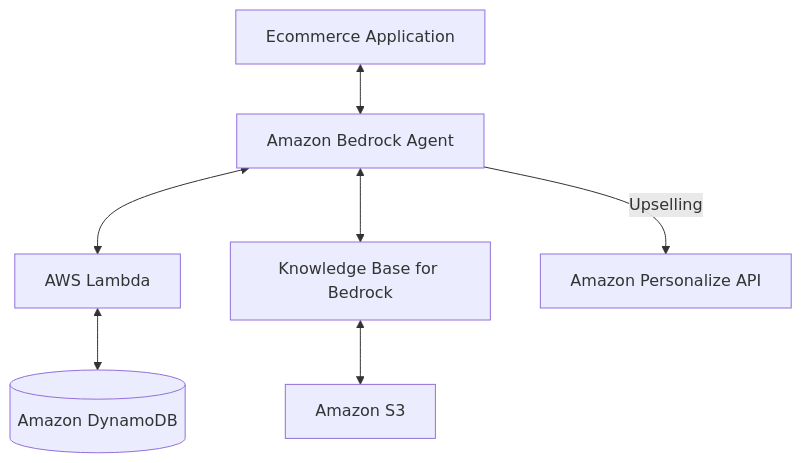
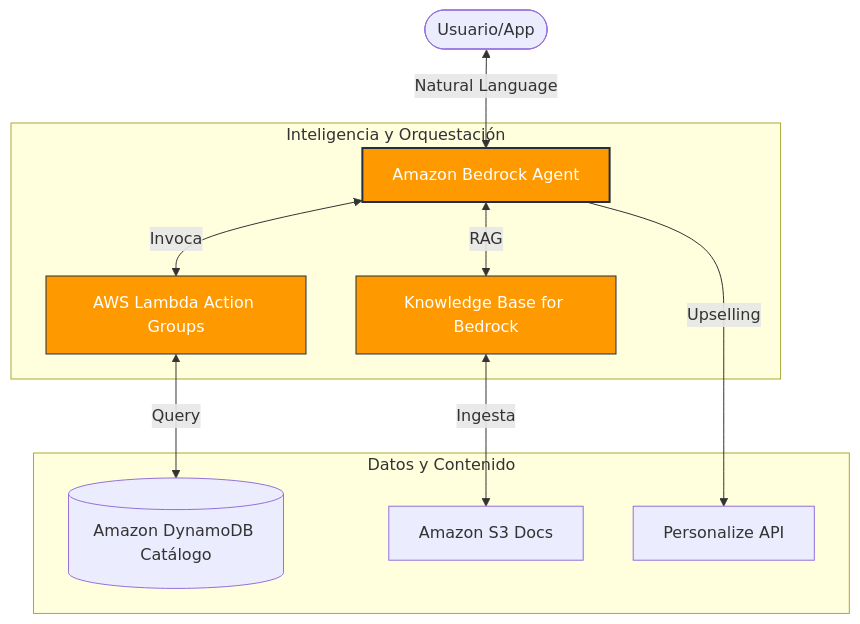
The diagram in workshops/01-bedrock-product-recommender/README.md (Paulo-Gutierrez-cloud/solution-arquitech-), drawn with Mermaid before and after one commit. The commit also changed other lines of this file and 39 other files, not shown here.

````diff
--- a/workshops/01-bedrock-product-recommender/README.md
+++ b/workshops/01-bedrock-product-recommender/README.md
@@ -9,9 +15,19 @@
 ```mermaid
 graph TD
-    App[Ecommerce Application] <--> Agent[Amazon Bedrock Agent]
-    Agent <--> Lambda[AWS Lambda]
-    Lambda <--> DDB[(Amazon DynamoDB)]
-    Agent <--> KB[Knowledge Base for Bedrock]
-    KB <--> S3[Amazon S3]
-    Agent -- Upselling --> Pers[Amazon Personalize API]
+    User([Usuario/App]) <-->|Natural Language| Agent[Amazon Bedrock Agent]
+    
+    subgraph "Inteligencia y Orquestación"
+        Agent <-->|Invoca| Lambda[AWS Lambda Action Groups]
+        Agent <-->|RAG| KB[Knowledge Base for Bedrock]
+    end
+    
+    subgraph "Datos y Contenido"
+        Lambda <-->|Query| DDB[(Amazon DynamoDB Catálogo)]
+        KB <-->|Ingesta| S3[Amazon S3 Docs]
+        Agent -- "Upselling" --> Pers[Personalize API]
+    end
+
+    style Agent fill:#FF9900,stroke:#232F3E,stroke-width:2px,color:#fff
+    style Lambda fill:#FF9900,stroke:#232F3E,stroke-width:1px,color:#fff
+    style KB fill:#FF9900,stroke:#232F3E,stroke-width:1px,color:#fff
 ```
````
